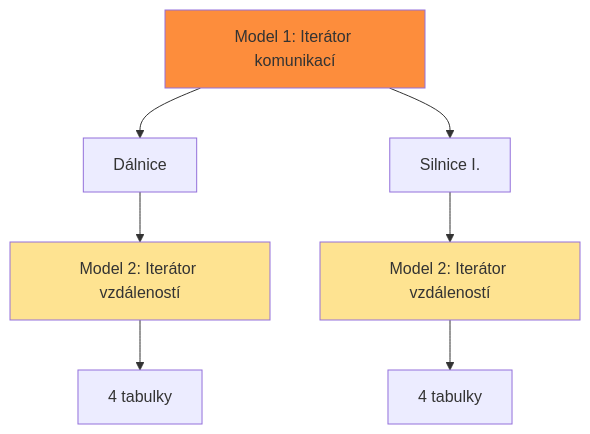
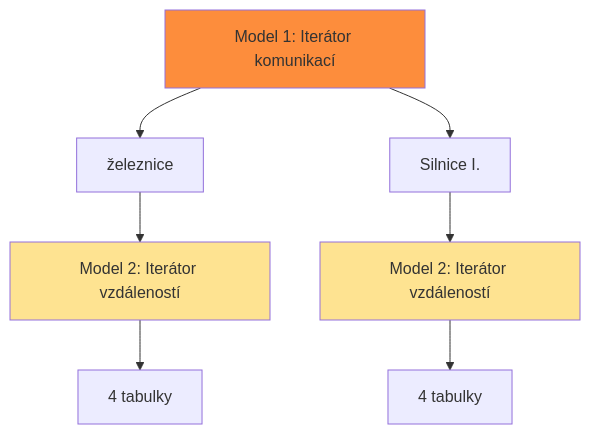
One commit to vojta-bartak/Programovani_pro_GIS_a_DPZ changed the third of 3 diagrams in lessons/lesson_01.qmd. Above: the diagram before and after it, drawn with Mermaid. The commit also changed other lines of this file and 8 other files, not shown here.

````diff
--- a/lessons/lesson_01.qmd
+++ b/lessons/lesson_01.qmd
@@ -759,15 +759,15 @@
 ```{mermaid}
 %%| fig-cap: "Vnořené modely (složité!)"
 
 flowchart TD
-    A[Model 1: Iterátor komunikací] --> B[Dálnice]
+    A[Model 1: Iterátor komunikací] --> B[železnice]
     A --> C[Silnice I.]
     B --> D[Model 2: Iterátor vzdáleností]
     C --> E[Model 2: Iterátor vzdáleností]
     D --> F[4 tabulky]
     E --> G[4 tabulky]
     
     style A fill:#fd8d3c
     style D fill:#fee391
     style E fill:#fee391
 ```
````
